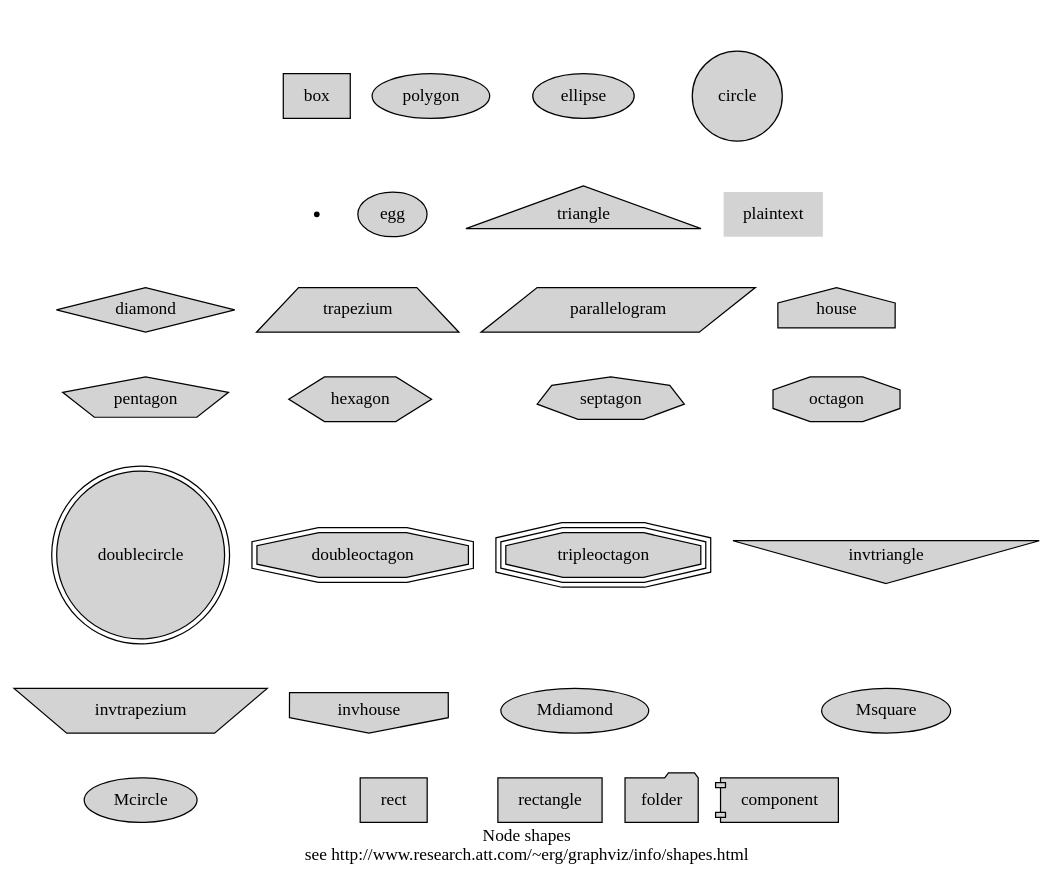
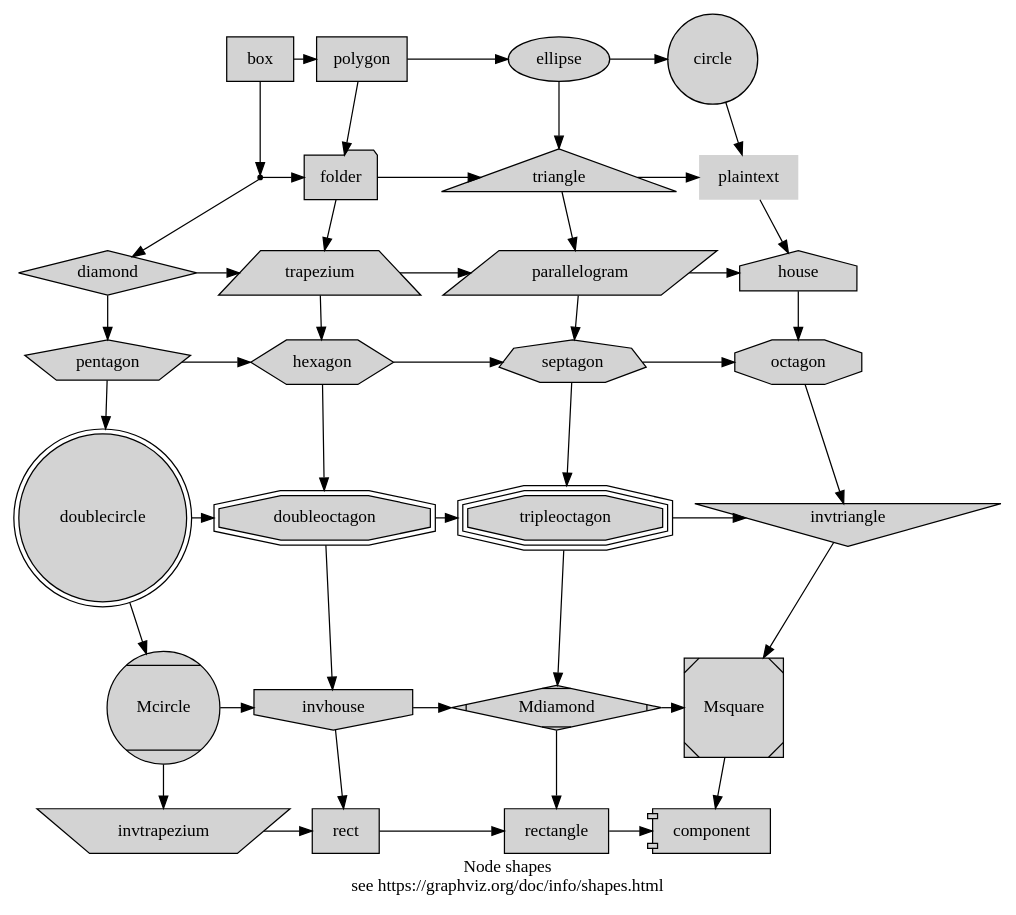
One commit to graphviz-perl/Tk-GraphViz changed the diagram in t/graphs/directed/nodeshapes.dot. Above: the diagram before and after it, drawn with Graphviz. The commit also changed other lines of this file and 2 other files, not shown here.

Commit message:
implement Msquare and Mdiamond

```diff
--- a/t/graphs/directed/nodeshapes.dot
+++ b/t/graphs/directed/nodeshapes.dot
@@ -1,91 +1,60 @@
 digraph test {
 
- graph [label="Node shapes\nsee http://www.research.att.com/~erg/graphviz/info/shapes.html"];
+ graph [label="Node shapes\nsee https://graphviz.org/doc/info/shapes.html"];
  node [style=filled];
- edge [style=invis,dir=none];
 
  { graph [rank=same];
 	box [shape=box];
+	polygon [shape=polygon];
 	ellipse [shape=ellipse];
 	circle [shape=circle];
-	box -> ellipse;
-	ellipse -> circle;
+	box -> polygon -> ellipse -> circle;
 	};
  { graph [rank=same];
 	point [shape=point];
+	folder [shape=folder];
 	triangle [shape=triangle];
 	plaintext [shape=plaintext];
-	point -> triangle;
-	triangle -> plaintext;
+	point -> folder -> triangle -> plaintext;
 	};
   { graph [rank=same];
 	diamond [shape=diamond];
 	trapezium [shape=trapezium];
 	parallelogram [shape=parallelogram];
 	house [shape=house];
-	diamond -> trapezium;
-	trapezium -> parallelogram;
-	parallelogram -> house;
+	diamond -> trapezium -> parallelogram -> house;
 	};
   { graph [rank=same];
 	pentagon [shape=pentagon];
 	hexagon [shape=hexagon];
 	septagon [shape=septagon];
 	octagon [shape=octagon];
-	pentagon -> hexagon;
-	hexagon -> septagon;
-	septagon -> octagon;
+	pentagon -> hexagon -> septagon -> octagon;
 	};
   { graph [rank=same];
 	doublecircle [shape=doublecircle];
 	doubleoctagon [shape=doubleoctagon];
 	tripleoctagon [shape=tripleoctagon];
 	invtriangle [shape=invtriangle];
-	doublecircle -> doubleoctagon;
-	doubleoctagon -> tripleoctagon;
-	tripleoctagon -> invtriangle;
+	doublecircle -> doubleoctagon -> tripleoctagon -> invtriangle;
+	};
+  { graph [rank=same];
+	Mcircle [shape=Mcircle];
+	invhouse [shape=invhouse];
+	Mdiamond [shape=Mdiamond];
+	Msquare [shape=Msquare];
+	Mcircle -> invhouse -> Mdiamond -> Msquare;
 	};
   { graph [rank=same];
 	invtrapezium [shape=invtrapezium];
-	invhouse [shape=invhouse];
-	invtrapezium -> invhouse;
-	};
-  { graph [rank=same];
 	rect [shape=rect];
 	rectangle [shape=rectangle];
-        folder [shape=folder];
-        component [shape=component];
-	rect -> rectangle;
-        rectangle -> folder;
-        folder -> component;
+	component [shape=component];
+	invtrapezium -> rect -> rectangle -> component;
 	};
-
-  box -> point;
-  polygon -> egg;
-  ellipse -> triangle;
-  circle -> plaintext;
-
-  point -> diamond;
-  egg -> trapezium;
-  triangle -> parallelogram;
-  plaintext -> house;
-
-  diamond -> pentagon;
-  trapezium -> hexagon;
-  parallelogram -> septagon;
-  house -> octagon;
-
-  pentagon -> doublecircle;
-  hexagon -> doubleoctagon;
-  septagon -> tripleoctagon;
-  octagon -> invtriangle;
-
-  doublecircle -> invtrapezium;
-  doubleoctagon -> invhouse;
-  tripleoctagon -> Mdiamond;
-  invtriangle -> Msquare;
-
-  invtrapezium -> Mcircle;
-  invhouse -> rect;
-  Mdiamond -> rectangle;
+  /* vertical edges to line things up */
+  box -> point -> diamond -> pentagon -> doublecircle -> Mcircle -> invtrapezium;
+  ellipse -> triangle -> parallelogram -> septagon -> tripleoctagon -> Mdiamond -> rectangle;
+  circle -> plaintext -> house -> octagon -> invtriangle -> Msquare -> component;
+  polygon -> folder -> trapezium -> hexagon -> doubleoctagon -> invhouse -> rect;
 }
```
